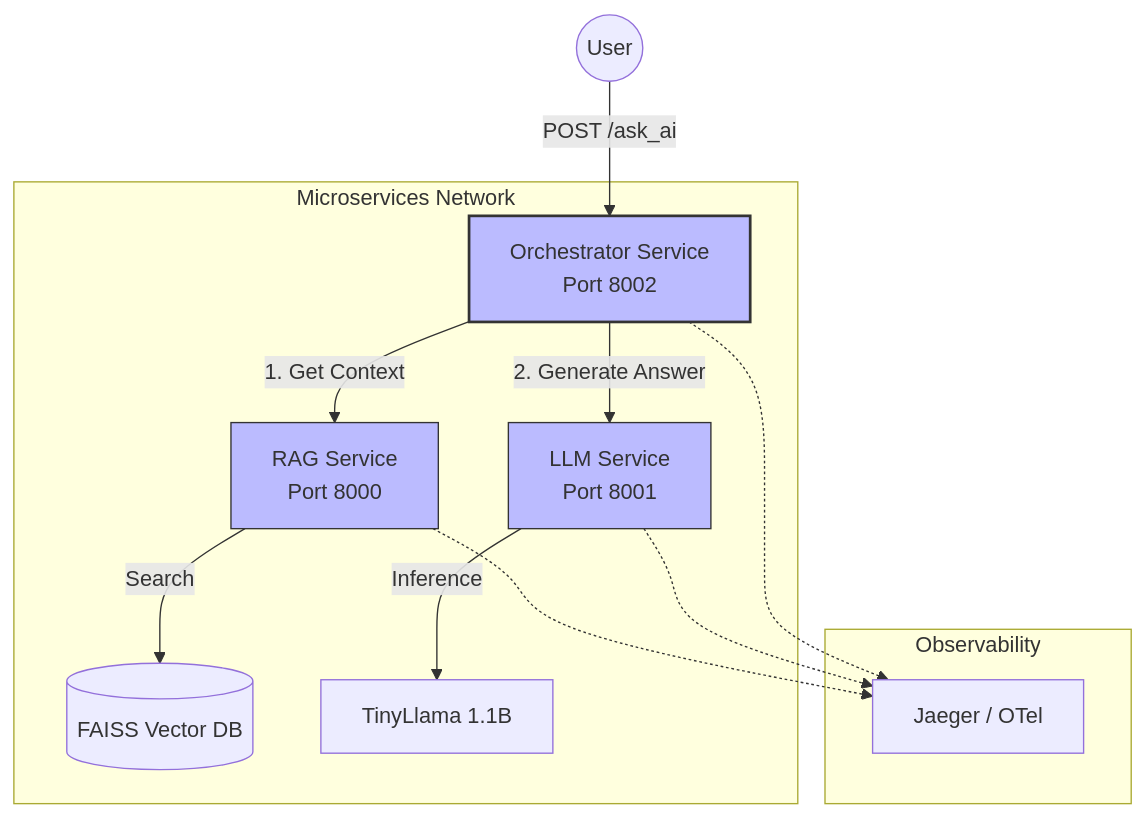
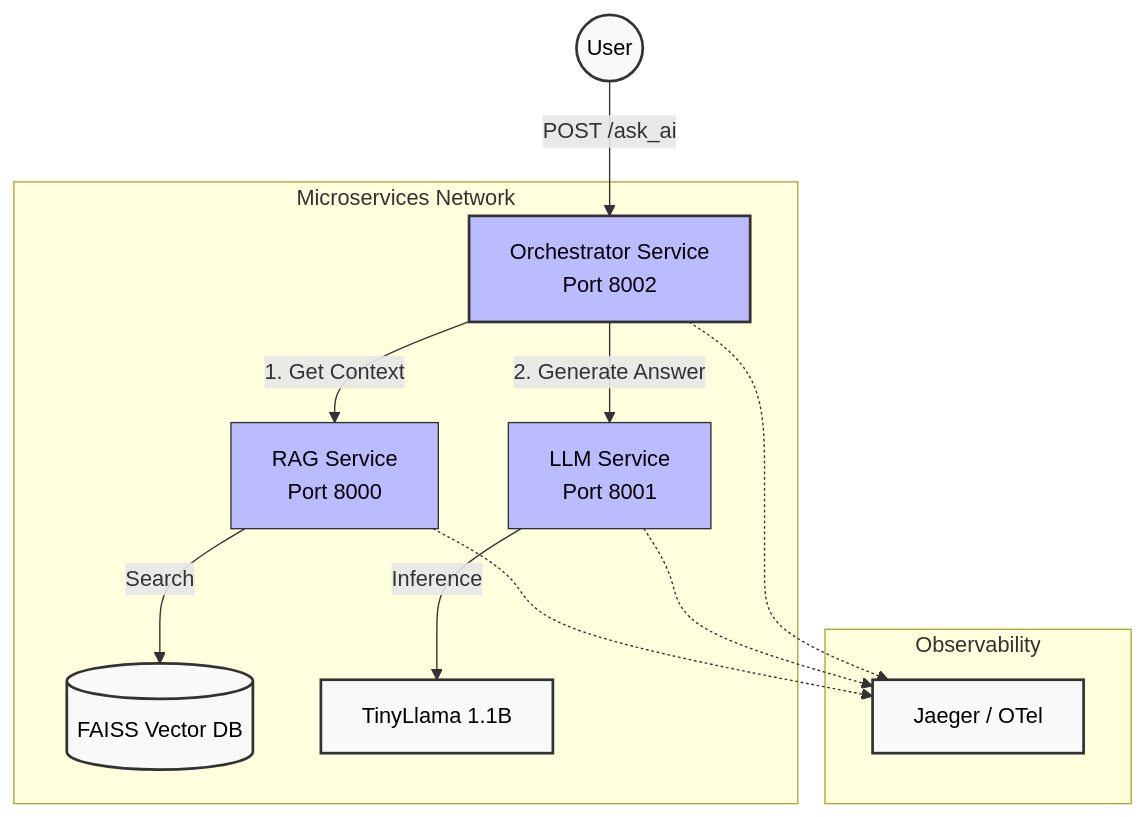
Before and after one commit to EMarc2023/RAG_LLM_microservices: the diagram in README.md, drawn with Mermaid.

Commit message:
Changed text colours in the Mermaid diagram.

````diff
--- a/README.md
+++ b/README.md
@@ -37,22 +37,32 @@
 ```mermaid
 graph TD
+    %% Define a style for black text
+    classDef blackText fill:#f9f9f9,stroke:#333,stroke-width:2px,color:#000;
+    classDef orchStyle fill:#f9f,stroke:#333,stroke-width:2px,color:#000;
+    classDef serviceStyle fill:#bbf,stroke:#333,color:#000;
+
     User((User)) -->|POST /ask_ai| Orch[Orchestrator Service<br/>Port 8002]
     
     subgraph "Microservices Network"
         Orch -->|1. Get Context| RAG[RAG Service<br/>Port 8000]
         RAG -->|Search| FAISS[(FAISS Vector DB)]
         
         Orch -->|2. Generate Answer| LLM[LLM Service<br/>Port 8001]
         LLM -->|Inference| TinyLlama[TinyLlama 1.1B]
     end
 
     subgraph "Observability"
         RAG -.-> Jaeger[Jaeger / OTel]
         LLM -.-> Jaeger
         Orch -.-> Jaeger
     end
 
     style Orch fill:#bbf,stroke:#333,stroke-width:2px
     style RAG fill:#bbf,stroke:#333
     style LLM fill:#bbf,stroke:#333
+
+    %% Apply the black text classes
+    class User,FAISS,TinyLlama,Jaeger blackText;
+    class Orch orchStyle;
+    class RAG,LLM serviceStyle;
 ```
````
